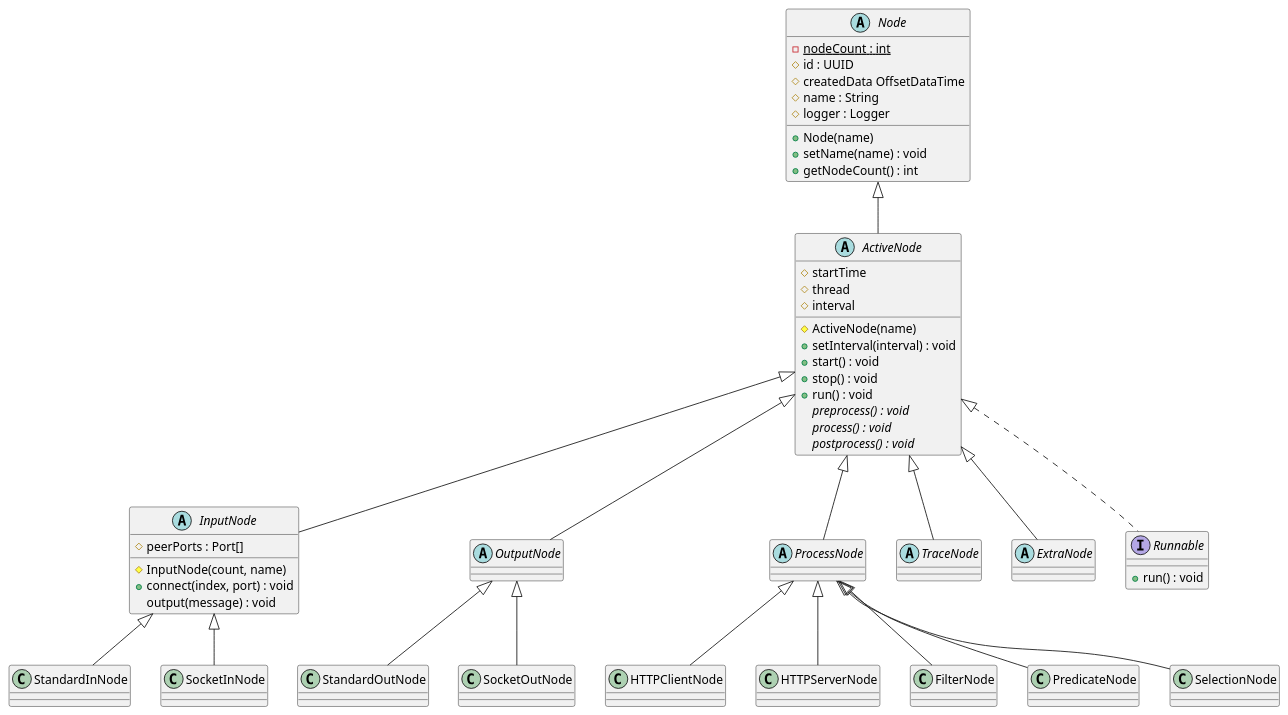
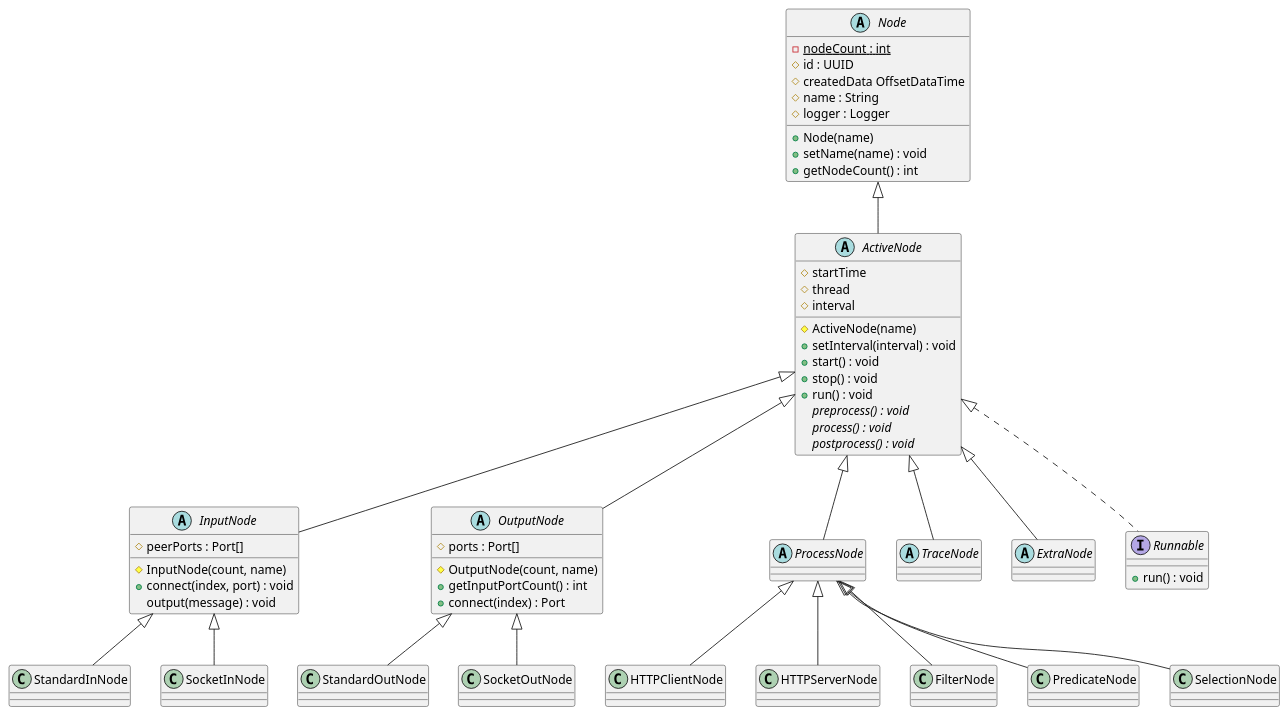
Before and after one commit to haedanui/front_right_team: the diagram in Diagram.pu, drawn with PlantUML.

Commit message:
chore : OutputNode UML 추가

```diff
--- a/Diagram.pu
+++ b/Diagram.pu
@@ -1,110 +1,113 @@
 @startuml Diagram
 
 abstract class Node{
     -{static}nodeCount : int
     #id : UUID
     #createdData OffsetDataTime
     #name : String
     #logger : Logger
     +Node(name)
     +setName(name) : void
     +getNodeCount() : int
 }
 
 abstract class ActiveNode{
     #startTime
     #thread
     #interval
     #ActiveNode(name)
     +setInterval(interval) : void
     +start() : void
     +stop() : void
     +run() : void
     {abstract}preprocess() : void
     {abstract}process() : void
     {abstract}postprocess() : void
 
 }
 
 Abstract class InputNode{
     #peerPorts : Port[]
     #InputNode(count, name)
     +connect(index, port) : void
     output(message) : void
 }
 
 class StandardInNode{
 
 }
 
 class SocketInNode{
 
 }
 
 abstract class OutputNode{
-
+    #ports : Port[]
+    #OutputNode(count, name)
+    +getInputPortCount() : int
+    +connect(index) : Port
 }
 
 class StandardOutNode{
 
 }
 
 class SocketOutNode{
 
 }
 
 abstract class ProcessNode{
 
 }
 
 class HTTPClientNode{
 
 }
 
 class HTTPServerNode{
 
 }
 
 class FilterNode{
 
 }
 
 class PredicateNode{
 
 }
 
 class SelectionNode{
 
 }
 
 abstract class TraceNode{
 
 }
 
 abstract class ExtraNode{
 
 }
 
 
 
 interface Runnable{
     +run() : void
 }
 
 Node <|-- ActiveNode
 ActiveNode <|.. Runnable
 ActiveNode <|-- InputNode
 InputNode <|-- StandardInNode
 InputNode <|-- SocketInNode
 ActiveNode <|-- OutputNode
 OutputNode <|-- StandardOutNode
 OutputNode <|-- SocketOutNode
 ActiveNode <|-- ProcessNode
 ProcessNode <|-- HTTPClientNode
 ProcessNode <|-- HTTPServerNode
 ProcessNode <|-- FilterNode
 ProcessNode <|-- PredicateNode
 ProcessNode <|-- SelectionNode
 ActiveNode <|-- TraceNode
 ActiveNode <|-- ExtraNode
 @enduml
```
